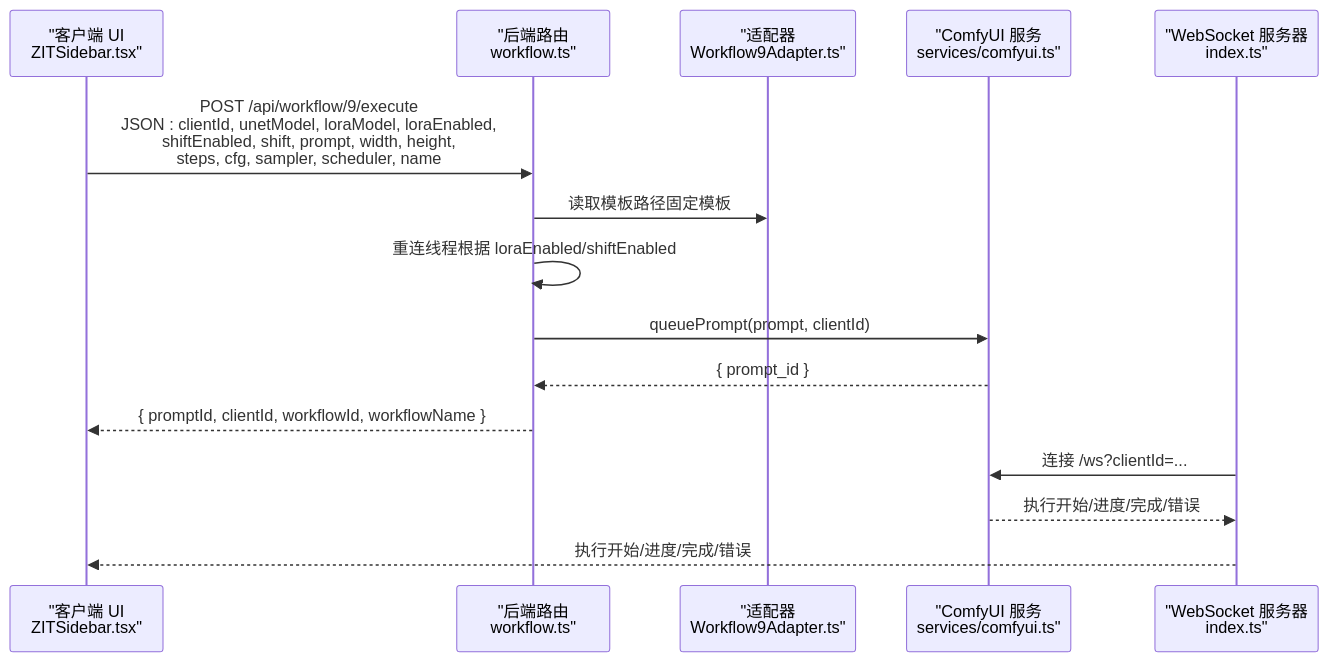
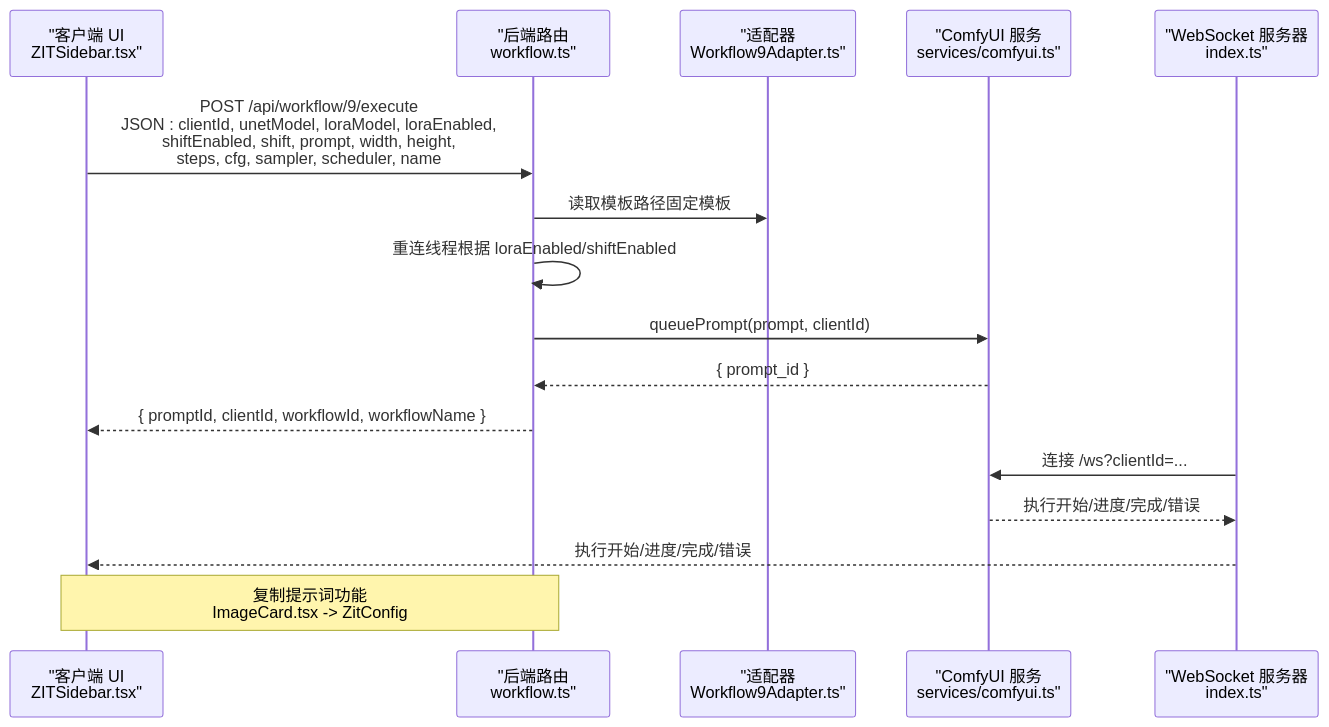
One commit to billye220670/CorineKit_Pix2Real changed the second of 5 diagrams in .qoder/repowiki/zh/content/API 参考文档/工作流 API/核心工作流 API/ZIT快出工作流 API.md. Above: the diagram before and after it, drawn with Mermaid. The commit also changed other lines of this file and 49 other files, not shown here.

````diff
--- a/.qoder/repowiki/zh/content/API 参考文档/工作流 API/核心工作流 API/ZIT快出工作流 API.md
+++ b/.qoder/repowiki/zh/content/API 参考文档/工作流 API/核心工作流 API/ZIT快出工作流 API.md
@@ -94,17 +104,18 @@
 ```mermaid
 sequenceDiagram
 participant Client as "客户端 UI<br/>ZITSidebar.tsx"
 participant API as "后端路由<br/>workflow.ts"
 participant Adapter as "适配器<br/>Workflow9Adapter.ts"
 participant Comfy as "ComfyUI 服务<br/>services/comfyui.ts"
 participant WS as "WebSocket 服务器<br/>index.ts"
 Client->>API : POST /api/workflow/9/execute<br/>JSON : clientId, unetModel, loraModel, loraEnabled,<br/>shiftEnabled, shift, prompt, width, height,<br/>steps, cfg, sampler, scheduler, name
 API->>Adapter : 读取模板路径固定模板
 API->>API : 重连线程根据 loraEnabled/shiftEnabled
 API->>Comfy : queuePrompt(prompt, clientId)
 Comfy-->>API : { prompt_id }
 API-->>Client : { promptId, clientId, workflowId, workflowName }
 WS->>Comfy : 连接 /ws?clientId=...
 Comfy-->>WS : 执行开始/进度/完成/错误
 WS-->>Client : 执行开始/进度/完成/错误
+Note over Client,API : 复制提示词功能<br/>ImageCard.tsx -> ZitConfig
 ```
````
